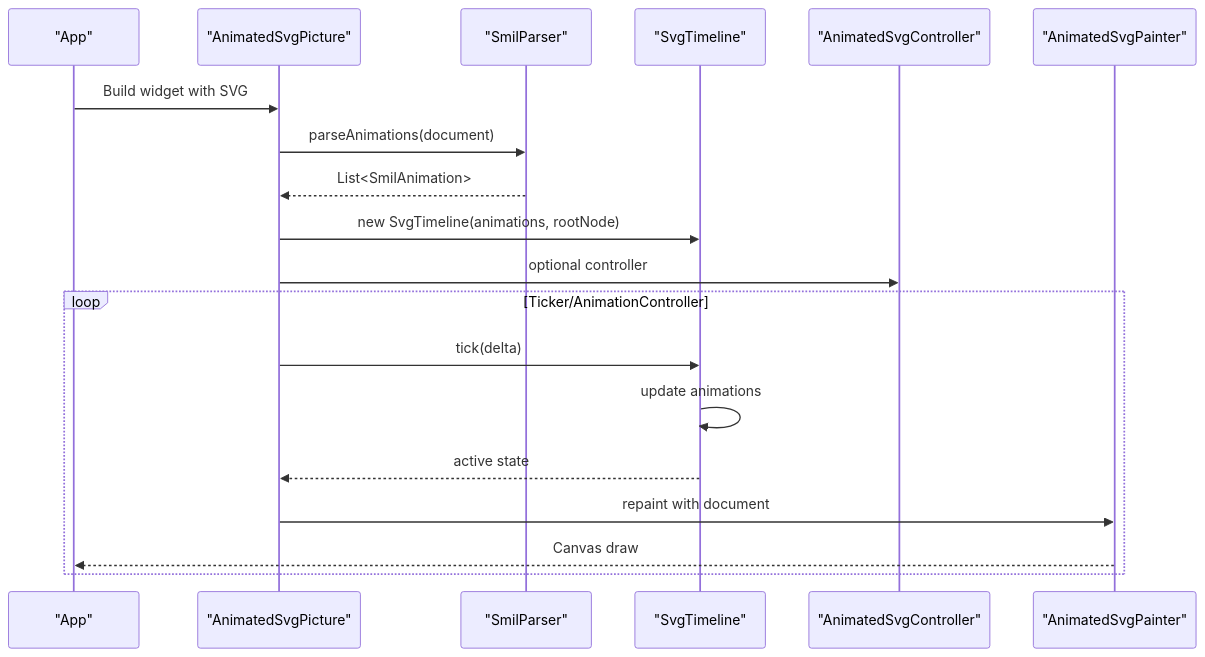
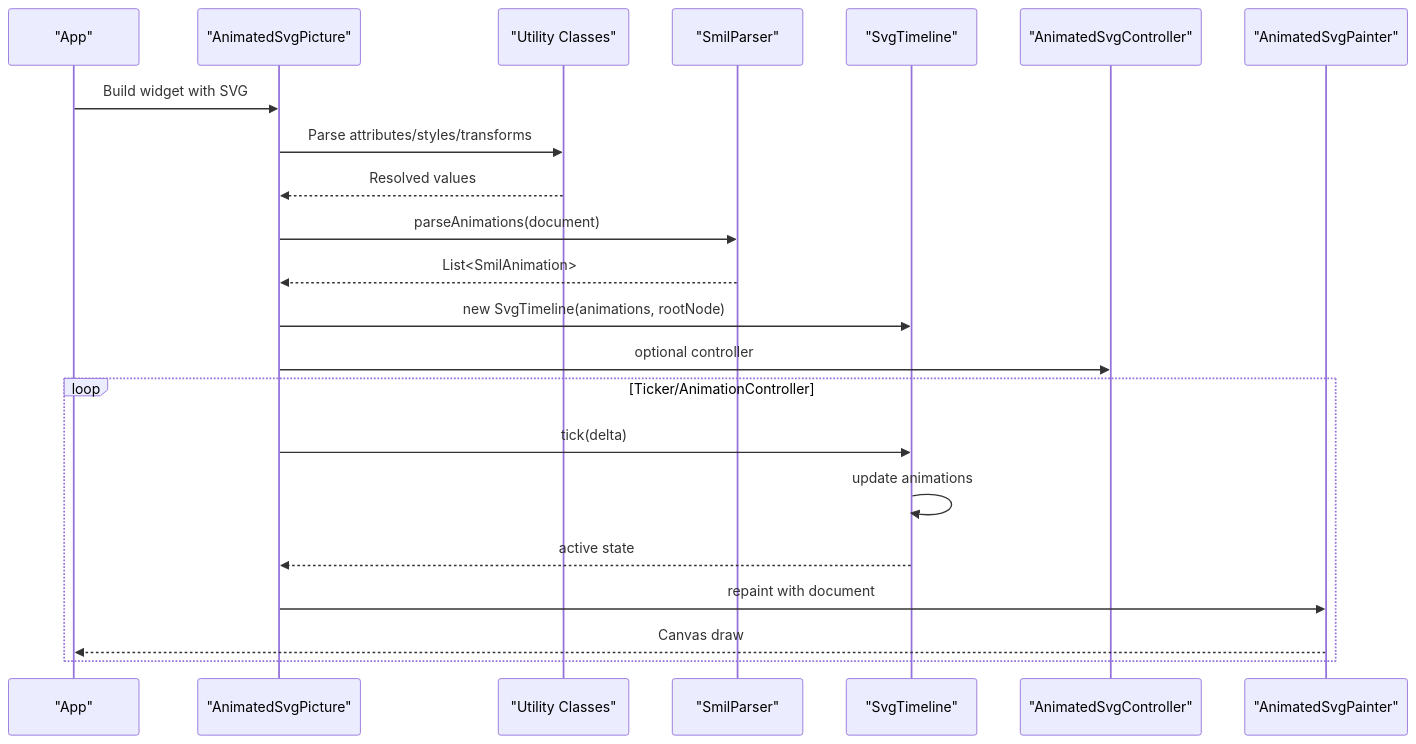
The second of 13 diagrams in .qoder/repowiki/en/content/Animated SVG Support/Animated SVG Support.md (denisnadey/flutter_full_svg_support), drawn with Mermaid before and after one commit. The commit also changed other lines of this file and 58 other files, not shown here.

First line of the commit message:
docs(animated-svg): add utility classes and enhance text rendering features

````diff
--- a/.qoder/repowiki/en/content/Animated SVG Support/Animated SVG Support.md
+++ b/.qoder/repowiki/en/content/Animated SVG Support/Animated SVG Support.md
@@ -98,21 +131,24 @@
 ```mermaid
 sequenceDiagram
 participant App as "App"
 participant Widget as "AnimatedSvgPicture"
+participant Utils as "Utility Classes"
 participant Parser as "SmilParser"
 participant Timeline as "SvgTimeline"
 participant Controller as "AnimatedSvgController"
 participant Painter as "AnimatedSvgPainter"
 App->>Widget : Build widget with SVG
+Widget->>Utils : Parse attributes/styles/transforms
+Utils-->>Widget : Resolved values
 Widget->>Parser : parseAnimations(document)
 Parser-->>Widget : List<SmilAnimation>
 Widget->>Timeline : new SvgTimeline(animations, rootNode)
 Widget->>Controller : optional controller
 loop Ticker/AnimationController
 Widget->>Timeline : tick(delta)
 Timeline->>Timeline : update animations
 Timeline-->>Widget : active state
 Widget->>Painter : repaint with document
 Painter-->>App : Canvas draw
 end
 ```
````
